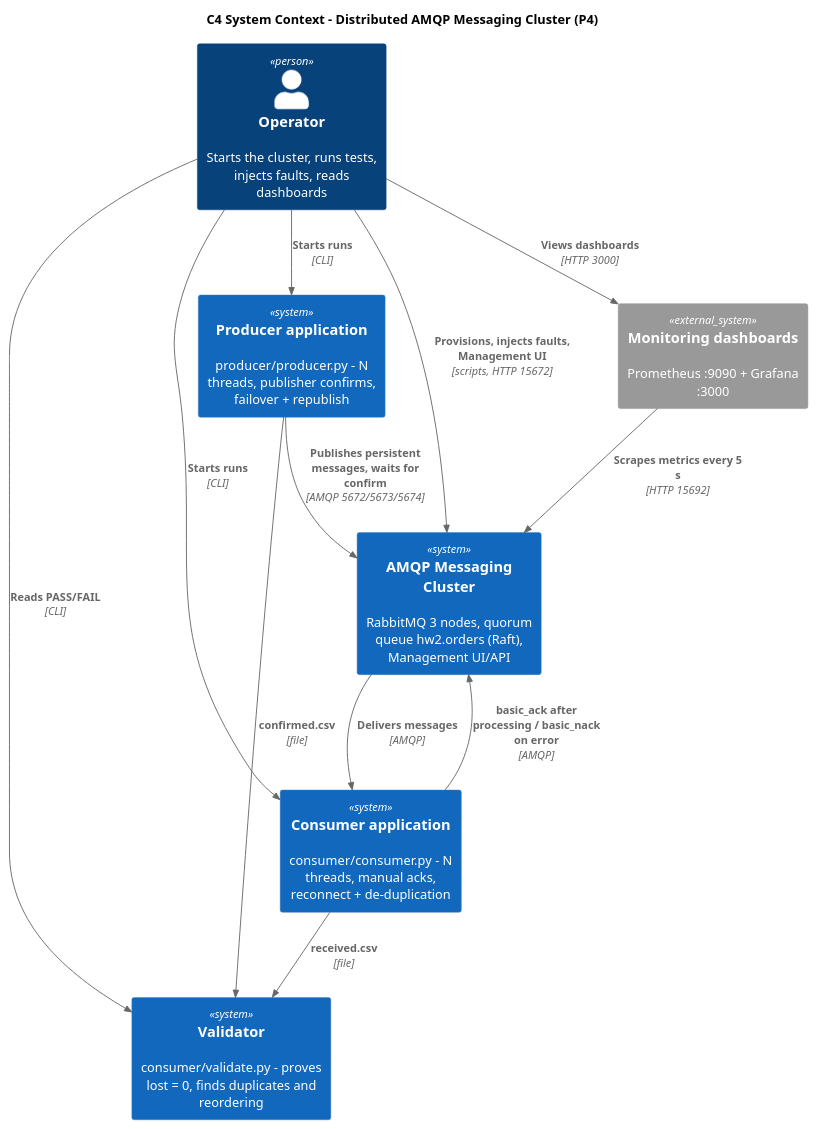
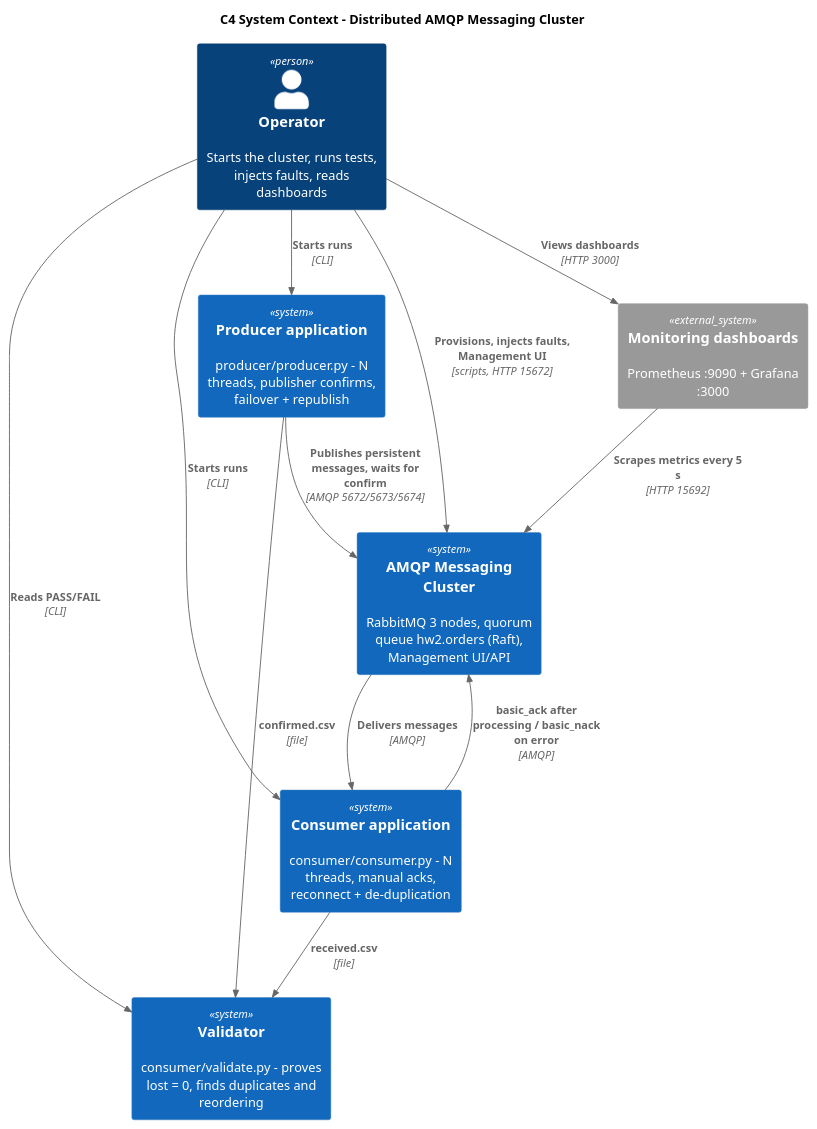
Before and after one commit to dimamverdiyeva15764/INFT6000-HW2-RabbitMQ-Cluster: the second of 2 diagrams in docs/c4/context-diagram.md, drawn with PlantUML. The commit also changed other lines of this file and 295 other files, not shown here.

````diff
--- a/docs/c4/context-diagram.md
+++ b/docs/c4/context-diagram.md
@@ -83,27 +83,27 @@
 ```plantuml
 @startuml context-diagram
 !include https://raw.githubusercontent.com/plantuml-stdlib/C4-PlantUML/v2.11.0/C4_Context.puml
 
-title C4 System Context - Distributed AMQP Messaging Cluster (P4)
+title C4 System Context - Distributed AMQP Messaging Cluster
 
 Person(operator, "Operator", "Starts the cluster, runs tests, injects faults, reads dashboards")
 
 System(producer, "Producer application", "producer/producer.py - N threads, publisher confirms, failover + republish")
 System(consumer, "Consumer application", "consumer/consumer.py - N threads, manual acks, reconnect + de-duplication")
 System(validator, "Validator", "consumer/validate.py - proves lost = 0, finds duplicates and reordering")
 System(cluster, "AMQP Messaging Cluster", "RabbitMQ 3 nodes, quorum queue hw2.orders (Raft), Management UI/API")
 System_Ext(monitoring, "Monitoring dashboards", "Prometheus :9090 + Grafana :3000")
 
 Rel(operator, producer, "Starts runs", "CLI")
 Rel(operator, consumer, "Starts runs", "CLI")
 Rel(operator, validator, "Reads PASS/FAIL", "CLI")
 Rel(operator, cluster, "Provisions, injects faults, Management UI", "scripts, HTTP 15672")
 Rel(operator, monitoring, "Views dashboards", "HTTP 3000")
 Rel(producer, cluster, "Publishes persistent messages, waits for confirm", "AMQP 5672/5673/5674")
 Rel(cluster, consumer, "Delivers messages", "AMQP")
 Rel(consumer, cluster, "basic_ack after processing / basic_nack on error", "AMQP")
 Rel(producer, validator, "confirmed.csv", "file")
 Rel(consumer, validator, "received.csv", "file")
 Rel(monitoring, cluster, "Scrapes metrics every 5 s", "HTTP 15692")
 @enduml
 ```
````
